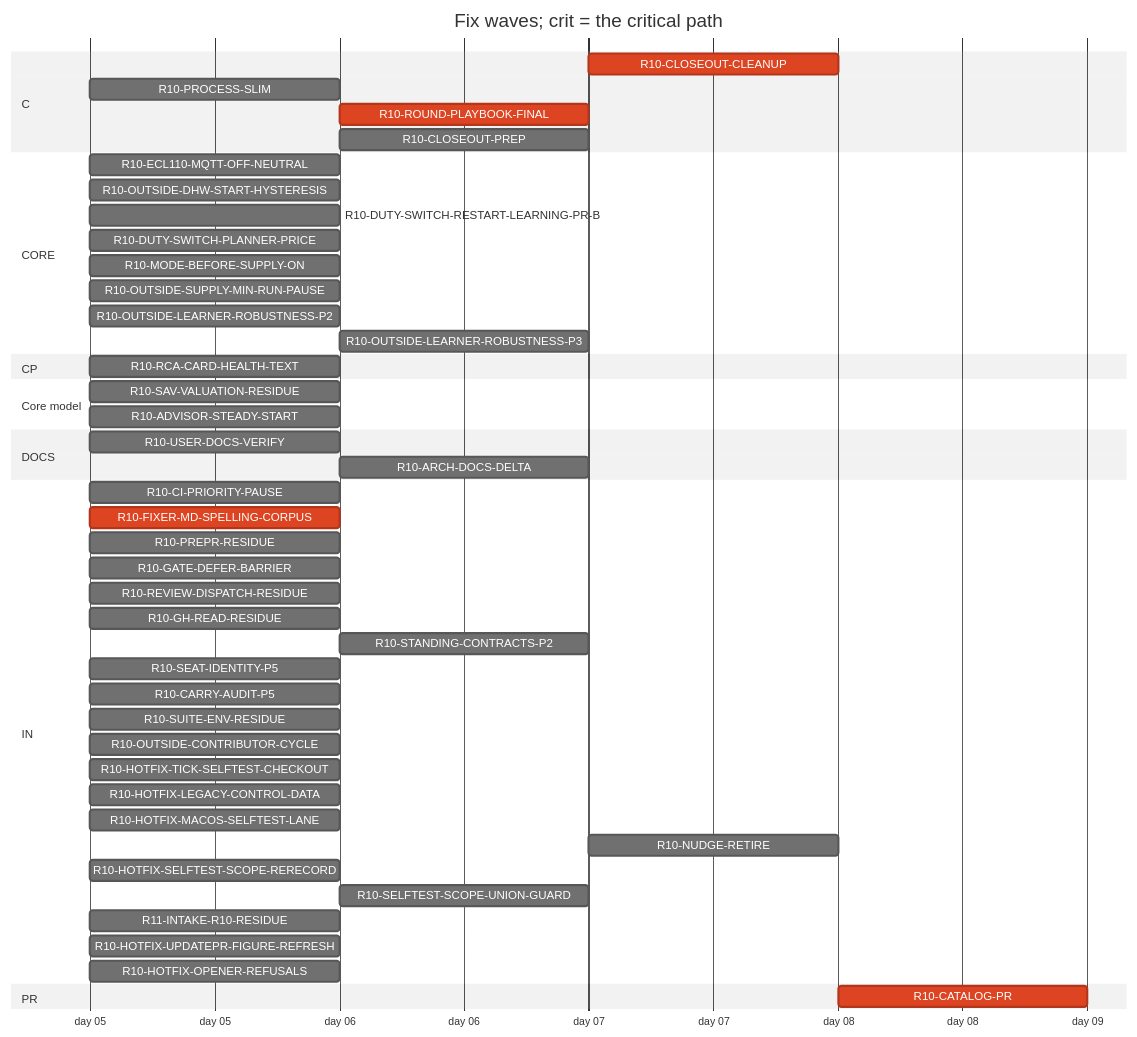
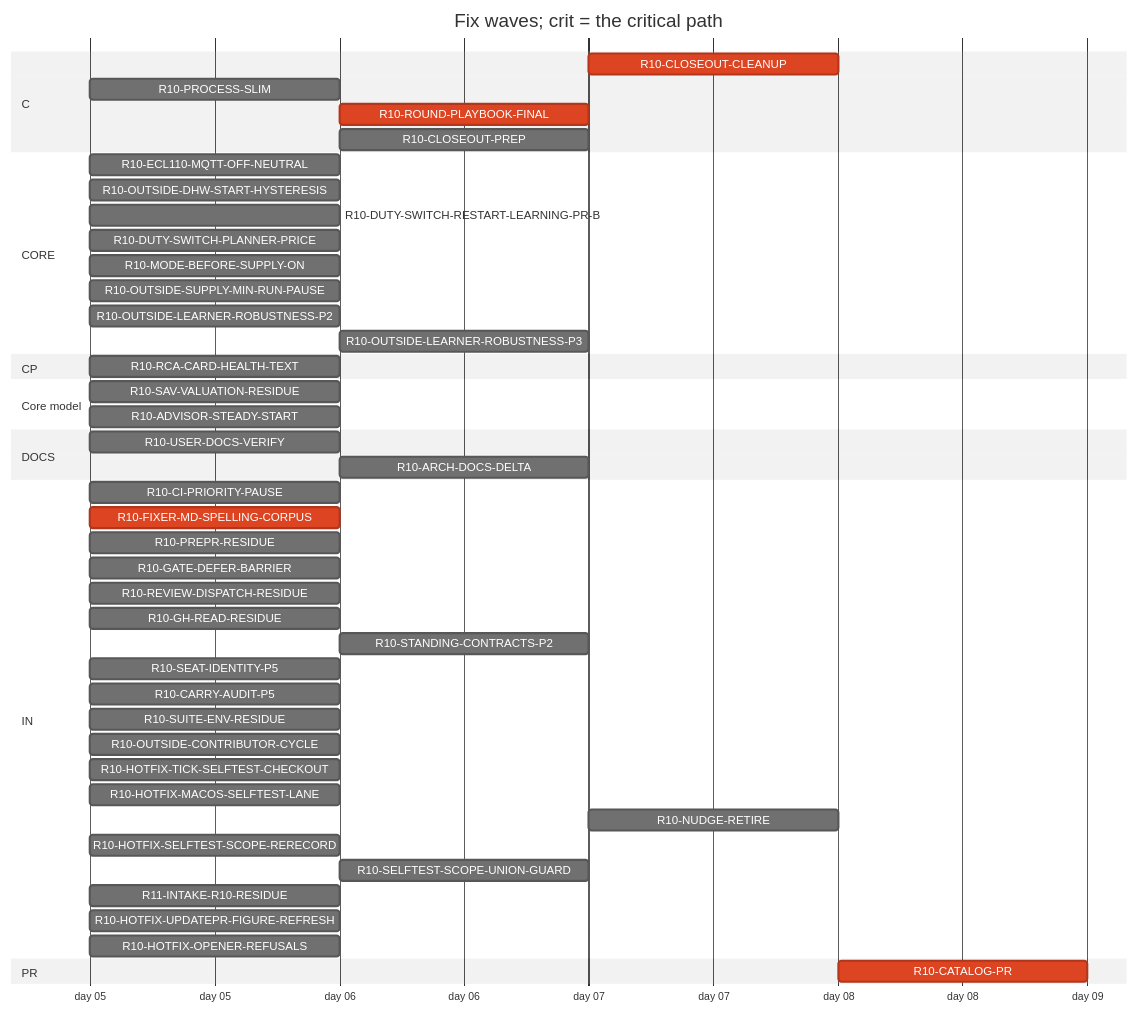
The diagram in handoff/round10/state/PLAN-TABLE.md (tvofi/heatpump_optimizer), drawn with Mermaid (neutral theme) before and after one commit. The commit also changed other lines of this file and 3 other files, not shown here.

Commit message:
state: FLOW-BOARD.md, NEXT-SESSION-PROMPT.md, PLAN-TABLE.md, RESUME-CURRENT.md regenerated (state_docs.py)

````diff
--- a/handoff/round10/state/PLAN-TABLE.md
+++ b/handoff/round10/state/PLAN-TABLE.md
@@ -20,51 +20,50 @@
 ```mermaid
 gantt
   title Fix waves; crit = the critical path
   dateFormat YYYY-MM-DD
   axisFormat day %d
   section C
     R10-CLOSEOUT-CLEANUP :crit, r10CLOSEOUTCLEANUP, after r10USERDOCSVERIFY r10ROUNDPLAYBOOKFINAL r10CLOSEOUTPREP r10ARCHDOCSDELTA, 1d
     R10-PROCESS-SLIM :r10PROCESSSLIM, 2026-01-05, 1d
     R10-ROUND-PLAYBOOK-FINAL :crit, r10ROUNDPLAYBOOKFINAL, after r10FIXERMDSPELLINGCORPUS, 1d
     R10-CLOSEOUT-PREP :r10CLOSEOUTPREP, after r10FIXERMDSPELLINGCORPUS, 1d
   section CORE
     R10-ECL110-MQTT-OFF-NEUTRAL :r10ECL110MQTTOFFNEUTRAL, 2026-01-05, 1d
     R10-OUTSIDE-DHW-START-HYSTERESIS :r10OUTSIDEDHWSTARTHYSTERESIS, 2026-01-05, 1d
     R10-DUTY-SWITCH-RESTART-LEARNING-PR-B :r10DUTYSWITCHRESTARTLEARNINGPRB, 2026-01-05, 1d
     R10-DUTY-SWITCH-PLANNER-PRICE :r10DUTYSWITCHPLANNERPRICE, 2026-01-05, 1d
     R10-MODE-BEFORE-SUPPLY-ON :r10MODEBEFORESUPPLYON, 2026-01-05, 1d
     R10-OUTSIDE-SUPPLY-MIN-RUN-PAUSE :r10OUTSIDESUPPLYMINRUNPAUSE, 2026-01-05, 1d
     R10-OUTSIDE-LEARNER-ROBUSTNESS-P2 :r10OUTSIDELEARNERROBUSTNESSP2, 2026-01-05, 1d
     R10-OUTSIDE-LEARNER-ROBUSTNESS-P3 :r10OUTSIDELEARNERROBUSTNESSP3, after r10OUTSIDELEARNERROBUSTNESSP2, 1d
   section CP
     R10-RCA-CARD-HEALTH-TEXT :r10RCACARDHEALTHTEXT, 2026-01-05, 1d
   section Core model
     R10-SAV-VALUATION-RESIDUE :r10SAVVALUATIONRESIDUE, 2026-01-05, 1d
     R10-ADVISOR-STEADY-START :r10ADVISORSTEADYSTART, 2026-01-05, 1d
   section DOCS
     R10-USER-DOCS-VERIFY :r10USERDOCSVERIFY, 2026-01-05, 1d
     R10-ARCH-DOCS-DELTA :r10ARCHDOCSDELTA, after r10SAVVALUATIONRESIDUE r10ADVISORSTEADYSTART r10PROCESSSLIM, 1d
   section IN
     R10-CI-PRIORITY-PAUSE :r10CIPRIORITYPAUSE, 2026-01-05, 1d
     R10-FIXER-MD-SPELLING-CORPUS :crit, r10FIXERMDSPELLINGCORPUS, 2026-01-05, 1d
     R10-PREPR-RESIDUE :r10PREPRRESIDUE, 2026-01-05, 1d
     R10-GATE-DEFER-BARRIER :r10GATEDEFERBARRIER, 2026-01-05, 1d
     R10-REVIEW-DISPATCH-RESIDUE :r10REVIEWDISPATCHRESIDUE, 2026-01-05, 1d
     R10-GH-READ-RESIDUE :r10GHREADRESIDUE, 2026-01-05, 1d
     R10-STANDING-CONTRACTS-P2 :r10STANDINGCONTRACTSP2, after r10FIXERMDSPELLINGCORPUS, 1d
     R10-SEAT-IDENTITY-P5 :r10SEATIDENTITYP5, 2026-01-05, 1d
     R10-CARRY-AUDIT-P5 :r10CARRYAUDITP5, 2026-01-05, 1d
     R10-SUITE-ENV-RESIDUE :r10SUITEENVRESIDUE, 2026-01-05, 1d
     R10-OUTSIDE-CONTRIBUTOR-CYCLE :r10OUTSIDECONTRIBUTORCYCLE, 2026-01-05, 1d
     R10-HOTFIX-TICK-SELFTEST-CHECKOUT :r10HOTFIXTICKSELFTESTCHECKOUT, 2026-01-05, 1d
-    R10-HOTFIX-LEGACY-CONTROL-DATA :r10HOTFIXLEGACYCONTROLDATA, 2026-01-05, 1d
     R10-HOTFIX-MACOS-SELFTEST-LANE :r10HOTFIXMACOSSELFTESTLANE, 2026-01-05, 1d
     R10-NUDGE-RETIRE :r10NUDGERETIRE, after r10ROUNDPLAYBOOKFINAL, 1d
     R10-HOTFIX-SELFTEST-SCOPE-RERECORD :r10HOTFIXSELFTESTSCOPERERECORD, 2026-01-05, 1d
     R10-SELFTEST-SCOPE-UNION-GUARD :r10SELFTESTSCOPEUNIONGUARD, after r10HOTFIXSELFTESTSCOPERERECORD, 1d
     R11-INTAKE-R10-RESIDUE :r11INTAKER10RESIDUE, 2026-01-05, 1d
     R10-HOTFIX-UPDATEPR-FIGURE-REFRESH :r10HOTFIXUPDATEPRFIGUREREFRESH, 2026-01-05, 1d
     R10-HOTFIX-OPENER-REFUSALS :r10HOTFIXOPENERREFUSALS, 2026-01-05, 1d
   section PR
     R10-CATALOG-PR :crit, r10CATALOGPR, after r10USERDOCSVERIFY r10ROUNDPLAYBOOKFINAL r10CLOSEOUTCLEANUP r10CLOSEOUTPREP r10ARCHDOCSDELTA, 1d
 ```
````
